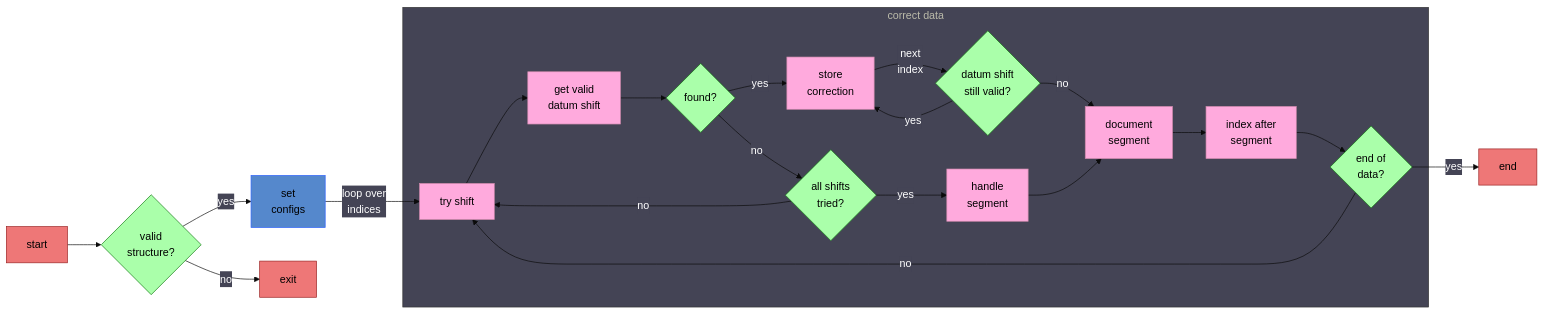
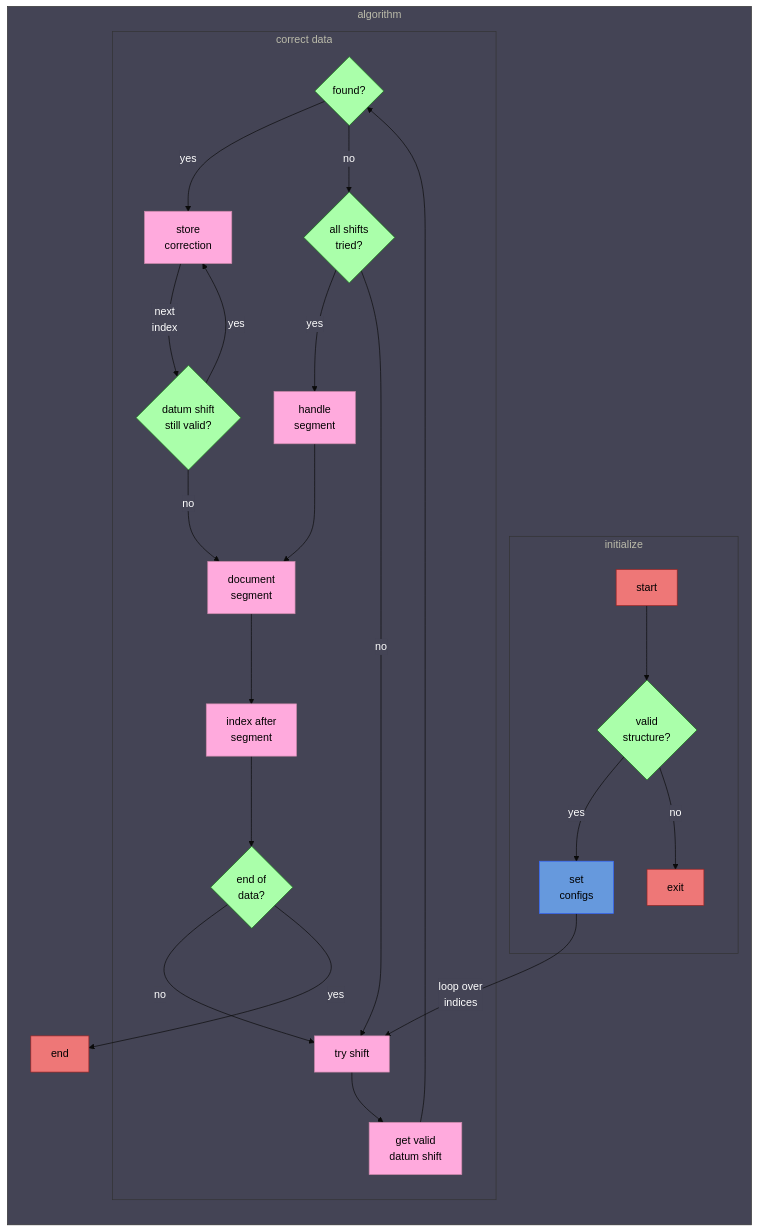
Before and after one commit to ncail/noaa-lighthouse-problem: the second of 2 diagrams in README.md, drawn with Mermaid. The commit also changed other lines of this file, not shown here.

Commit message:
updated diagrams in readme.

````diff
--- a/README.md
+++ b/README.md
@@ -89,10 +141,10 @@
 }%%
 
 
-flowchart LR
+flowchart RL
 
     classDef decisions fill:#afa, stroke:#171;
-    classDef outsideLoop fill:#58c; 
+    classDef outsideLoop fill:#69d; 
     classDef exit fill:#e77, stroke:#922;
     classDef insideLoop fill:#fad, stroke:#c8a
 
@@ -117,45 +169,52 @@
 
     linkStyle default color:white
 
-    Start[start] --> Validate{valid <br> structure?}
+    subgraph algorithm
+        direction TB
 
-    %% Valid structure decision.
-    Validate --> |yes|SetConfig[set <br> configs]
-    
-    Validate --> |no|Exit[exit]
+        subgraph initialize
 
-    %% Enter loop.
-    SetConfig --> |loop over <br> indices|TryShift[try shift]
+            Start[start] --> Validate{valid <br> structure?}
 
-    subgraph correct data
-        
-        TryShift --> GetDS[get valid <br> datum shift]
-        GetDS --> IsFound{found?}
+            %% Valid structure decision.
+            Validate --> |yes|SetConfig[set <br> configs]
+            
+            Validate --> |no|Exit[exit]
+        end
 
-        %% Datum shift found decision.
-        IsFound --> |yes|StoreCorr[store <br> correction]
-        IsFound --> |no|TryNext{all shifts <br> tried?}
+        %% Enter loop.
+        SetConfig --> |loop over <br> indices|TryShift[try shift]
 
-        %% Try next temporal shift decision.
-        TryNext --> |yes|HandleSegment[handle <br> segment]
-        TryNext --> |no|TryShift
+        subgraph correct data
+            
+            TryShift --> GetDS[get valid <br> datum shift]
+            GetDS --> IsFound{found?}
 
-        StoreCorr --> |next <br> index|IsValid{datum shift <br> still valid?}
+            %% Datum shift found decision.
+            IsFound --> |yes|StoreCorr[store <br> correction]
+            IsFound --> |no|TryNext{all shifts <br> tried?}
 
-        %% Datum shift still valid/continue storing corrections decision.
-        IsValid --> |yes|StoreCorr
-        IsValid --> |no|DocSegment[document <br> segment]
+            %% Try next temporal shift decision.
+            TryNext --> |yes|HandleSegment[handle <br> segment]
+            TryNext --> |no|TryShift
 
-        HandleSegment --> DocSegment
-        DocSegment --> NextIndex[index after <br> segment]
+            StoreCorr --> |next <br> index|IsValid{datum shift <br> still valid?}
 
-        NextIndex --> DataEnd{end of <br> data?}
+            %% Datum shift still valid/continue storing corrections decision.
+            IsValid --> |yes|StoreCorr
+            IsValid --> |no|DocSegment[document <br> segment]
 
-        %% Exit loop decision.
-        DataEnd --> |no|TryShift
+            HandleSegment --> DocSegment
+            DocSegment --> NextIndex[index after <br> segment]
+
+            NextIndex --> DataEnd{end of <br> data?}
+
+            %% Exit loop decision.
+            DataEnd --> |no|TryShift
+
+        end
+
+        DataEnd --> |yes|End[end]
 
     end
-
-    DataEnd --> |yes|End[end]
-    End:::exit
 ```
````
